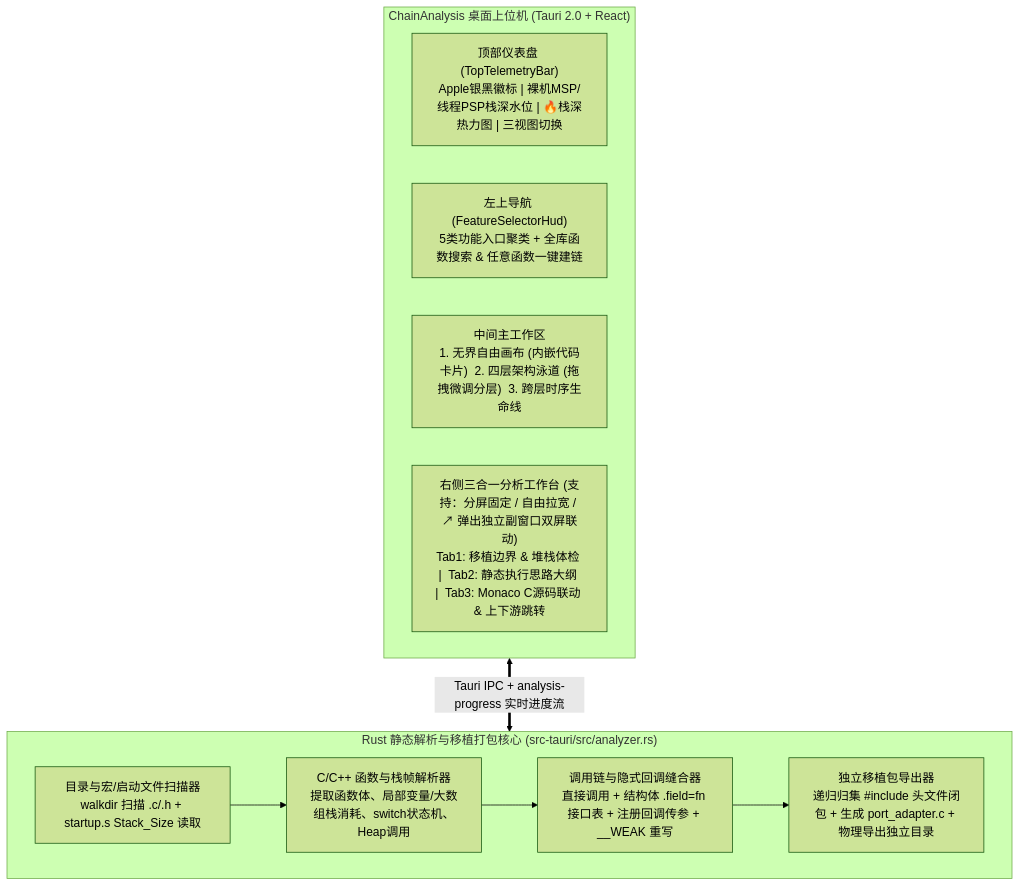
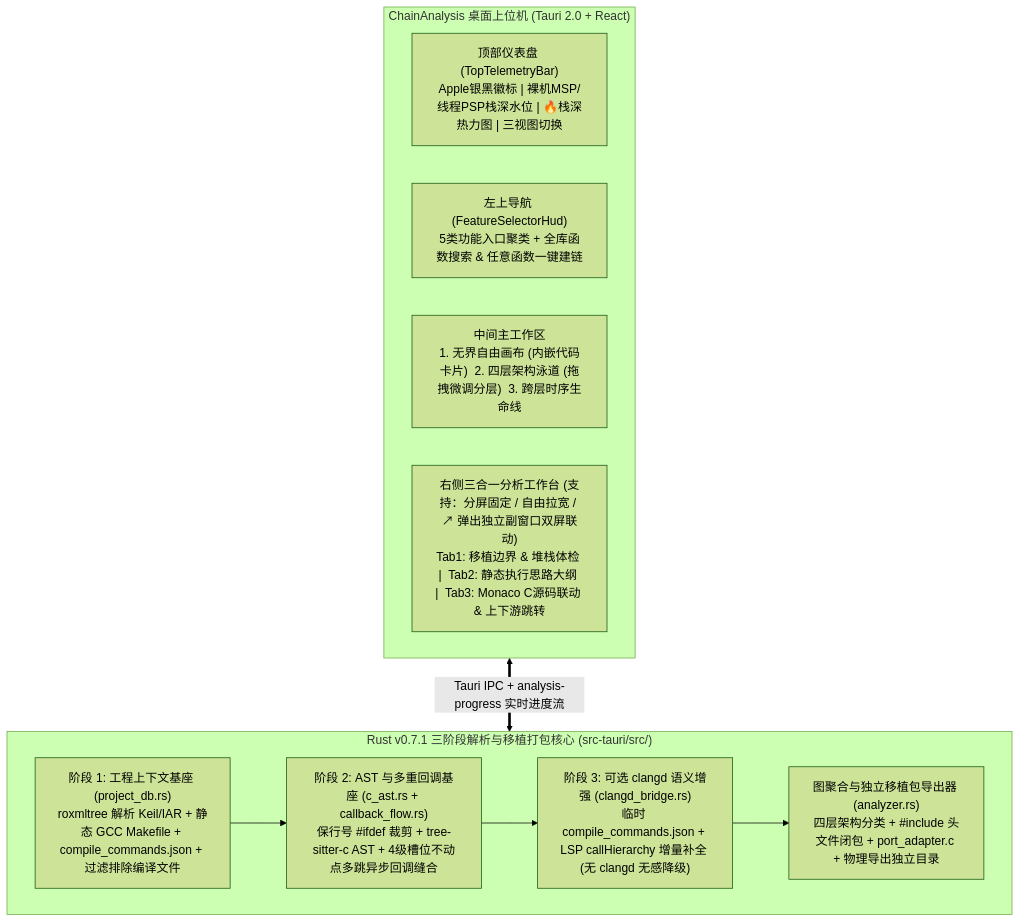
Before and after one commit to HaHaHaquq/CodeChainAnalysis: the diagram in README.md, drawn with Mermaid (forest theme). The commit also changed other lines of this file and 12 other files, not shown here.

Commit message:
feat(v0.7.1): three-stage parsing engine (ProjectModel, tree-sitter-c AST + multi-hop async callbacks, optional clangd LSP) & README_zh

````diff
--- a/README.md
+++ b/README.md
@@ -96,19 +97,19 @@
 ```mermaid
 flowchart TB
     subgraph DesktopApp["ChainAnalysis 桌面上位机 (Tauri 2.0 + React)"]
         TopBar["顶部仪表盘 (TopTelemetryBar)<br/>Apple银黑徽标 | 裸机MSP/线程PSP栈深水位 | 🔥栈深热力图 | 三视图切换"]
         LeftHUD["左上导航 (FeatureSelectorHud)<br/>5类功能入口聚类 + 全库函数搜索 & 任意函数一键建链"]
         MainView["中间主工作区<br/>1. 无界自由画布 (内嵌代码卡片)  2. 四层架构泳道 (拖拽微调分层)  3. 跨层时序生命线"]
         RightDrawer["右侧三合一分析工作台 (支持：分屏固定 / 自由拉宽 / ↗ 弹出独立副窗口双屏联动)<br/>Tab1: 移植边界 & 堆栈体检  |  Tab2: 静态执行思路大纲  |  Tab3: Monaco C源码联动 & 上下游跳转"]
     end
 
-    subgraph RustCore["Rust 静态解析与移植打包核心 (src-tauri/src/analyzer.rs)"]
-        Scanner["目录与宏/启动文件扫描器<br/>walkdir 扫描 .c/.h + startup.s Stack_Size 读取"]
-        Parser["C/C++ 函数与栈帧解析器<br/>提取函数体、局部变量/大数组栈消耗、switch状态机、Heap调用"]
-        Linker["调用链与隐式回调缝合器<br/>直接调用 + 结构体 .field=fn 接口表 + 注册回调传参 + __WEAK 重写"]
-        Exporter["独立移植包导出器<br/>递归归集 #include 头文件闭包 + 生成 port_adapter.c + 物理导出独立目录"]
+    subgraph RustCore["Rust v0.7.1 三阶段解析与移植打包核心 (src-tauri/src/)"]
+        Stage1["阶段 1: 工程上下文基座 (project_db.rs)<br/>roxmltree 解析 Keil/IAR + 静态 GCC Makefile + compile_commands.json + 过滤排除编译文件"]
+        Stage2["阶段 2: AST 与多重回调基座 (c_ast.rs + callback_flow.rs)<br/>保行号 #ifdef 裁剪 + tree-sitter-c AST + 4级槽位不动点多跳异步回调缝合"]
+        Stage3["阶段 3: 可选 clangd 语义增强 (clangd_bridge.rs)<br/>临时 compile_commands.json + LSP callHierarchy 增量补全 (无 clangd 无感降级)"]
+        Exporter["图聚合与独立移植包导出器 (analyzer.rs)<br/>四层架构分类 + #include 头文件闭包 + port_adapter.c + 物理导出独立目录"]
     end
 
     DesktopApp <==>|"Tauri IPC + analysis-progress 实时进度流"| RustCore
-    Scanner --> Parser --> Linker --> Exporter
+    Stage1 --> Stage2 --> Stage3 --> Exporter
 ```
````
